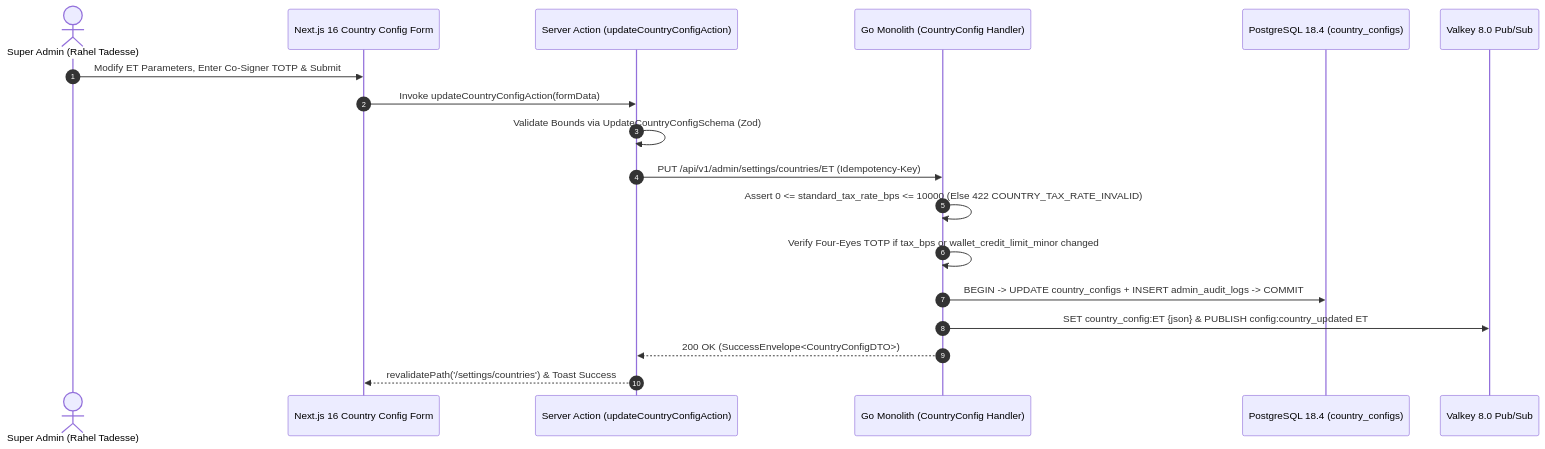
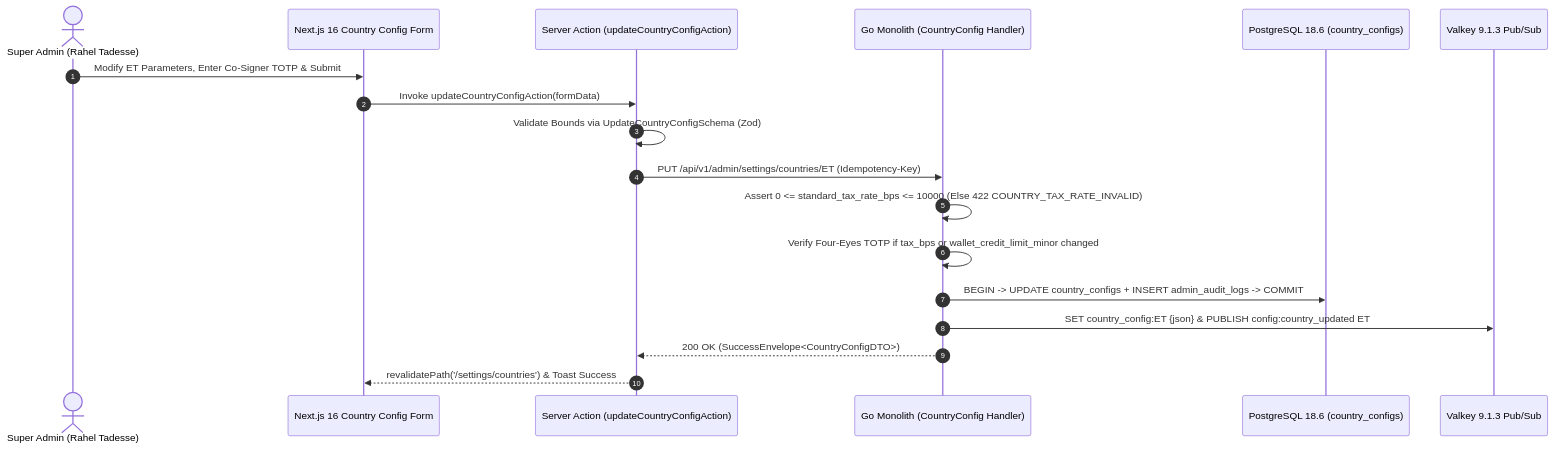
Before and after one commit to YDink/Heavy-Machinery-Logistics-Rental: the diagram in docs/admin/configuration/01-multi-country-parameters.md, drawn with Mermaid. The commit also changed other lines of this file and 212 other files, not shown here.

````diff
--- a/docs/admin/configuration/01-multi-country-parameters.md
+++ b/docs/admin/configuration/01-multi-country-parameters.md
@@ -91,21 +91,21 @@
 ```mermaid
 sequenceDiagram
     autonumber
     actor SuperAdmin as Super Admin (Rahel Tadesse)
     participant UI as Next.js 16 Country Config Form
     participant SA as Server Action (updateCountryConfigAction)
     participant GoAPI as Go Monolith (CountryConfig Handler)
-    participant PG as PostgreSQL 18.4 (country_configs)
-    participant VK as Valkey 8.0 Pub/Sub
+    participant PG as PostgreSQL 18.6 (country_configs)
+    participant VK as Valkey 9.1.3 Pub/Sub
 
     SuperAdmin->>UI: Modify ET Parameters, Enter Co-Signer TOTP & Submit
     UI->>SA: Invoke updateCountryConfigAction(formData)
     SA->>SA: Validate Bounds via UpdateCountryConfigSchema (Zod)
     SA->>GoAPI: PUT /api/v1/admin/settings/countries/ET (Idempotency-Key)
     GoAPI->>GoAPI: Assert 0 <= standard_tax_rate_bps <= 10000 (Else 422 COUNTRY_TAX_RATE_INVALID)
     GoAPI->>GoAPI: Verify Four-Eyes TOTP if tax_bps or wallet_credit_limit_minor changed
     GoAPI->>PG: BEGIN -> UPDATE country_configs + INSERT admin_audit_logs -> COMMIT
     GoAPI->>VK: SET country_config:ET {json} & PUBLISH config:country_updated ET
     GoAPI-->>SA: 200 OK (SuccessEnvelope<CountryConfigDTO>)
     SA-->>UI: revalidatePath('/settings/countries') & Toast Success
 ```
````
